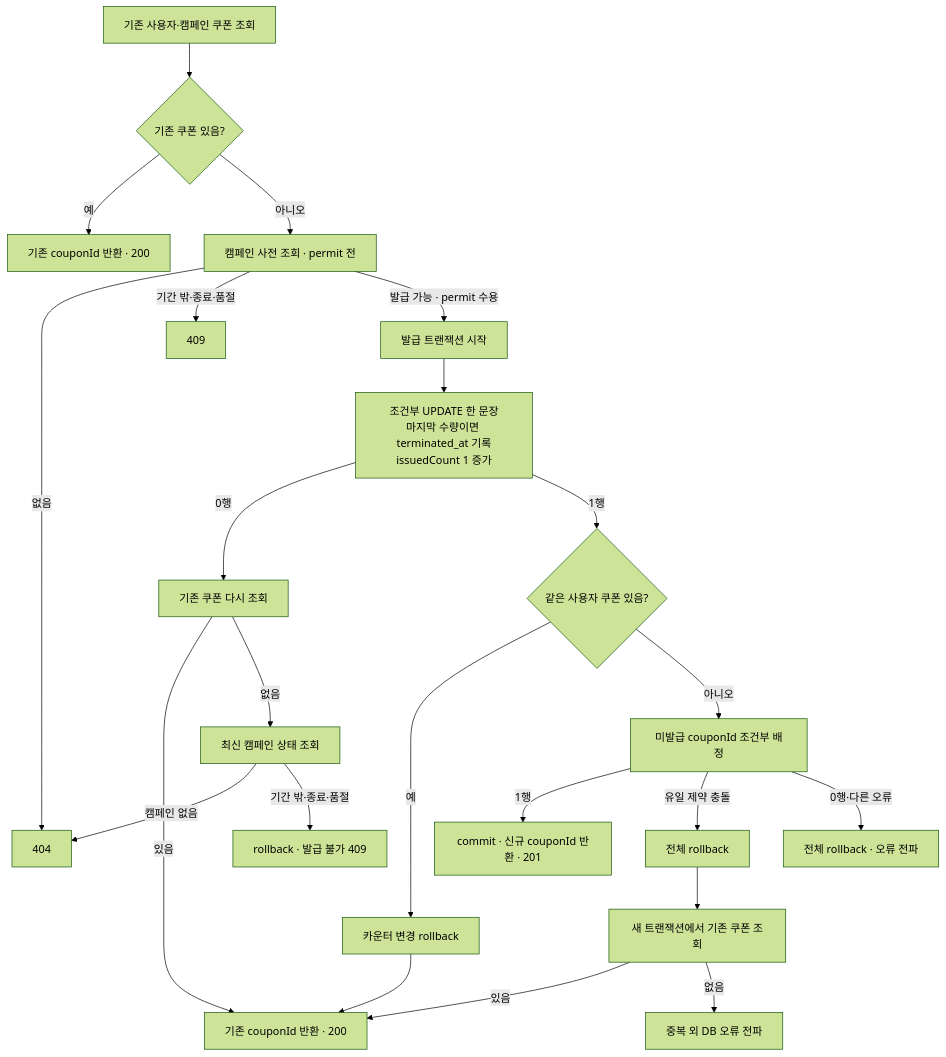
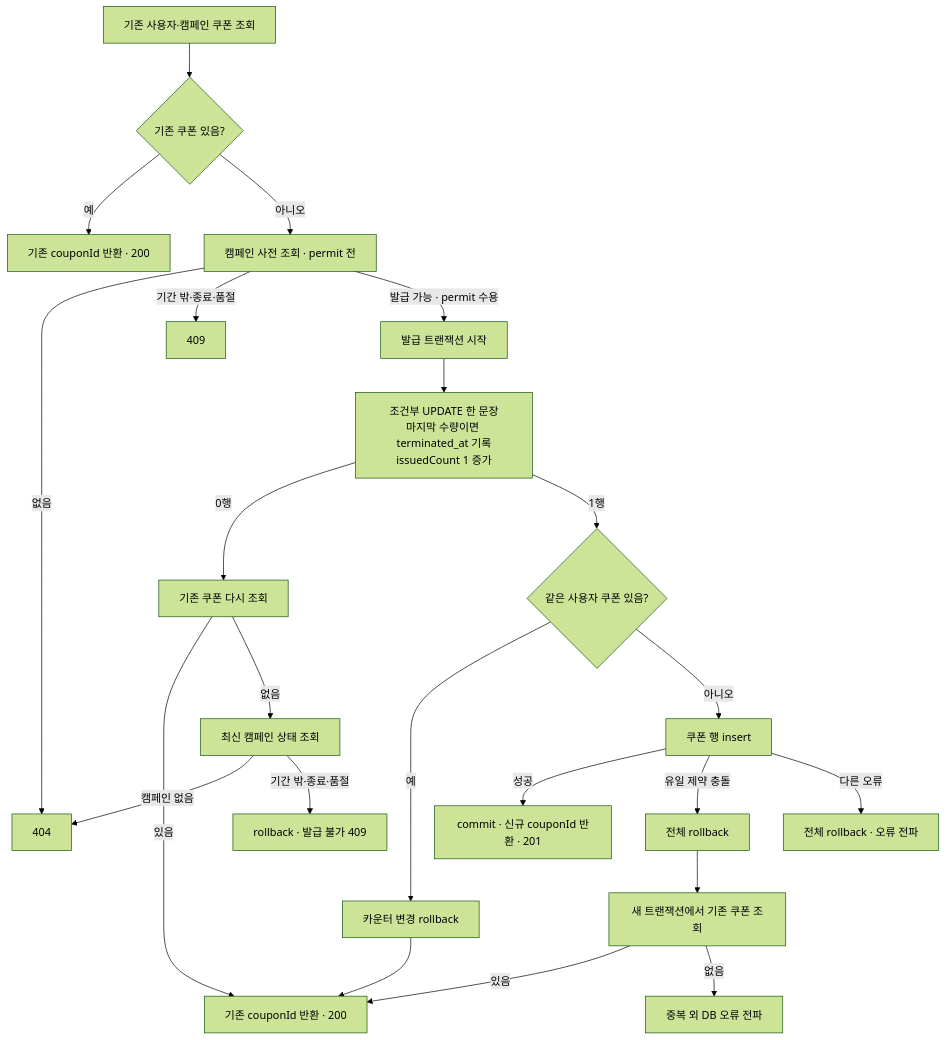
The fifth of 8 diagrams in docs/system-design/use-cases/coupon-issuance.md (loopers-labs/loop-pack-be-l2-vol5-java), drawn with Mermaid (forest theme) before and after one commit. The commit also changed other lines of this file and 4 other files, not shown here.

````diff
--- a/docs/system-design/use-cases/coupon-issuance.md
+++ b/docs/system-design/use-cases/coupon-issuance.md
@@ -246,25 +244,25 @@
 ```mermaid
 flowchart TD
     Start[기존 사용자·캠페인 쿠폰 조회] --> Existing{기존 쿠폰 있음?}
     Existing -->|예| Existing200[기존 couponId 반환 · 200]
     Existing -->|아니오| Precheck[캠페인 사전 조회 · permit 전]
     Precheck -->|없음| NotFound[404]
     Precheck -->|기간 밖·종료·품절| Conflict[409]
     Precheck -->|발급 가능 · permit 수용| Begin[발급 트랜잭션 시작]
     Begin --> Count[조건부 UPDATE 한 문장<br/>마지막 수량이면 terminated_at 기록<br/>issuedCount 1 증가]
     Count -->|0행| Recheck[기존 쿠폰 다시 조회]
     Recheck -->|있음| Duplicate200[기존 couponId 반환 · 200]
     Recheck -->|없음| LatestState[최신 캠페인 상태 조회]
     LatestState -->|캠페인 없음| NotFound
     LatestState -->|기간 밖·종료·품절| NoIssue409[rollback · 발급 불가 409]
     Count -->|1행| DuplicateCheck{같은 사용자 쿠폰 있음?}
     DuplicateCheck -->|예| RollbackCount[카운터 변경 rollback]
     RollbackCount --> Duplicate200
-    DuplicateCheck -->|아니오| Claim[미발급 couponId 조건부 배정]
-    Claim -->|1행| Commit[commit · 신규 couponId 반환 · 201]
-    Claim -->|유일 제약 충돌| RollbackUnique[전체 rollback]
+    DuplicateCheck -->|아니오| Insert[쿠폰 행 insert]
+    Insert -->|성공| Commit[commit · 신규 couponId 반환 · 201]
+    Insert -->|유일 제약 충돌| RollbackUnique[전체 rollback]
     RollbackUnique --> RetryRead[새 트랜잭션에서 기존 쿠폰 조회]
     RetryRead -->|있음| Duplicate200
     RetryRead -->|없음| Error[중복 외 DB 오류 전파]
-    Claim -->|0행·다른 오류| Rollback[전체 rollback · 오류 전파]
+    Insert -->|다른 오류| Rollback[전체 rollback · 오류 전파]
 ```
````
